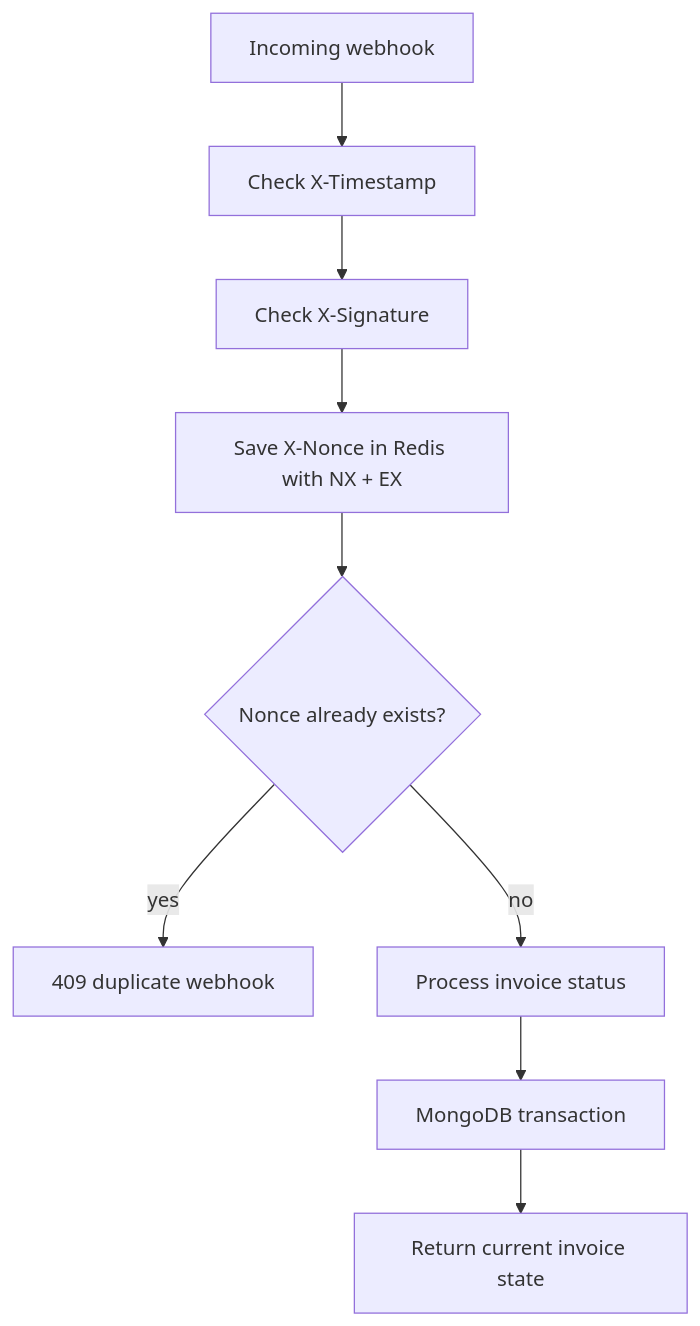
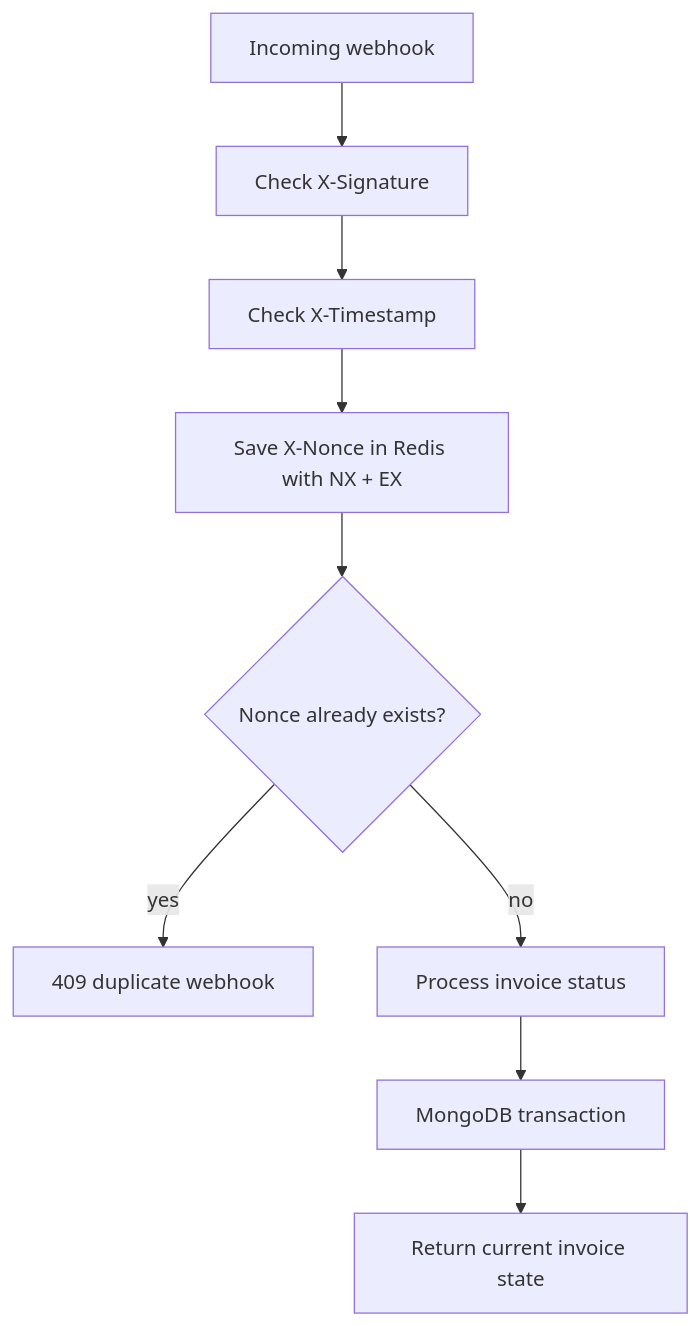
One commit to nbenliogludev/payment-processor changed the second of 2 diagrams in README.md. Above: the diagram before and after it, drawn with Mermaid. The commit also changed 1 other file, not shown here.

Commit message:
Verify signature before timestamp in webhook security checks
Previously the check order was: timestamp -> signature -> nonce.
This meant any caller without a valid secret could trigger the
timestamp comparison for free on every request.

Reorder to: signature -> timestamp -> nonce. The HMAC check
immediately rejects requests from unknown senders using a constant-time
comparison, so only authenticated callers proceed to the timestamp and
Redis nonce steps. This matches the approach used by Stripe and most
other webhook providers.

The mermaid flow diagram in README is updated to reflect the new order.
No test changes were needed: the expected error messages and the
assertions on which mocks are or are not called are unaffected by the
reordering.

````diff
--- a/README.md
+++ b/README.md
@@ -180,11 +180,11 @@
 ```mermaid
 flowchart TD
-  request["Incoming webhook"] --> timestamp["Check X-Timestamp"]
-  timestamp --> signature["Check X-Signature"]
-  signature --> nonce["Save X-Nonce in Redis with NX + EX"]
+  request["Incoming webhook"] --> signature["Check X-Signature"]
+  signature --> timestamp["Check X-Timestamp"]
+  timestamp --> nonce["Save X-Nonce in Redis with NX + EX"]
   nonce --> duplicate{"Nonce already exists?"}
   duplicate -->|"yes"| reject["409 duplicate webhook"]
   duplicate -->|"no"| process["Process invoice status"]
   process --> transaction["MongoDB transaction"]
   transaction --> result["Return current invoice state"]
 ```
````
